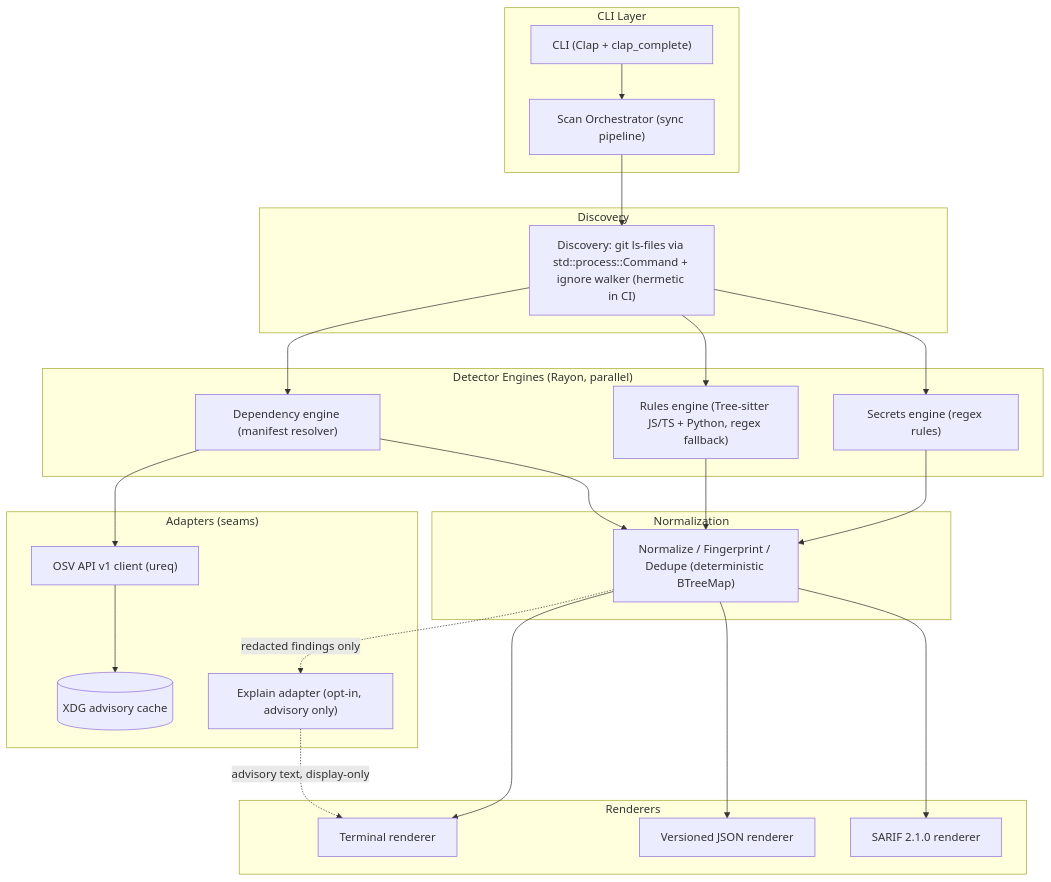
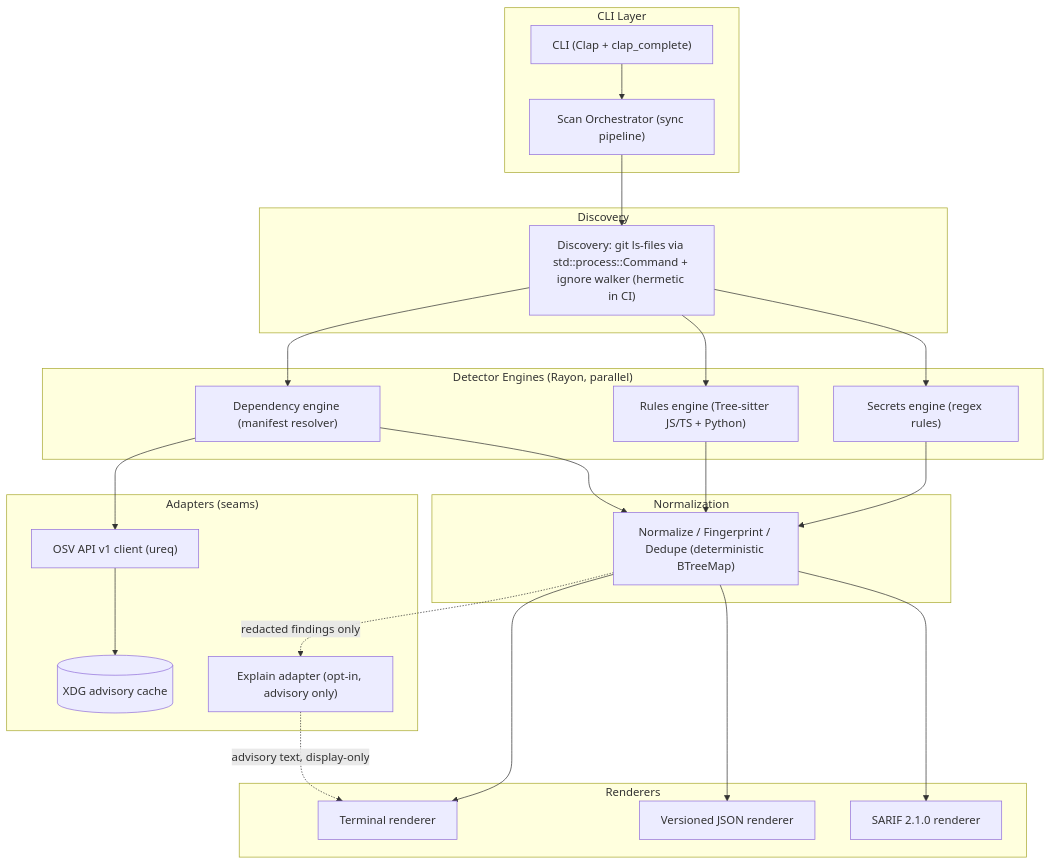
Before and after one commit to jonasotoaguilar/sentinel: the first of 3 diagrams in ARCHITECTURE.md, drawn with Mermaid. The commit also changed other lines of this file and 1 other file, not shown here.

First line of the commit message:
fix(rules): skip an unparseable file instead of guessing at its content

````diff
--- a/ARCHITECTURE.md
+++ b/ARCHITECTURE.md
@@ -46,49 +46,49 @@
 ```mermaid
 graph TD
     subgraph "CLI Layer"
         Cli["CLI (Clap + clap_complete)"]
         Orc["Scan Orchestrator (sync pipeline)"]
     end
 
     subgraph "Discovery"
         Disc["Discovery: git ls-files via std::process::Command + ignore walker (hermetic in CI)"]
     end
 
     subgraph "Detector Engines (Rayon, parallel)"
         E1["Secrets engine (regex rules)"]
-        E2["Rules engine (Tree-sitter JS/TS + Python, regex fallback)"]
+        E2["Rules engine (Tree-sitter JS/TS + Python)"]
         E3["Dependency engine (manifest resolver)"]
     end
 
     subgraph "Normalization"
         Norm["Normalize / Fingerprint / Dedupe (deterministic BTreeMap)"]
     end
 
     subgraph "Renderers"
         R1["Terminal renderer"]
         R2["Versioned JSON renderer"]
         R3["SARIF 2.1.0 renderer"]
     end
 
     subgraph "Adapters (seams)"
         OSV["OSV API v1 client (ureq)"]
         Cache[("XDG advisory cache")]
         LLM["Explain adapter (opt-in, advisory only)"]
     end
 
     Cli --> Orc
     Orc --> Disc
     Disc --> E1
     Disc --> E2
     Disc --> E3
     E1 --> Norm
     E2 --> Norm
     E3 --> Norm
     Norm --> R1
     Norm --> R2
     Norm --> R3
     E3 --> OSV
     OSV --> Cache
     Norm -.redacted findings only.-> LLM
     LLM -.advisory text, display-only.-> R1
 ```
````
